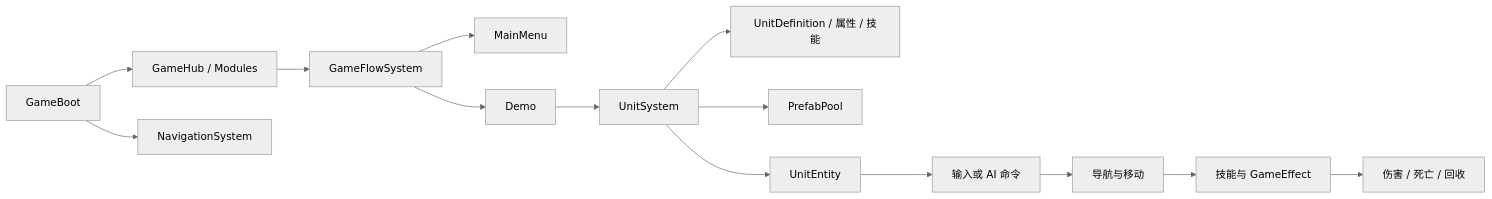
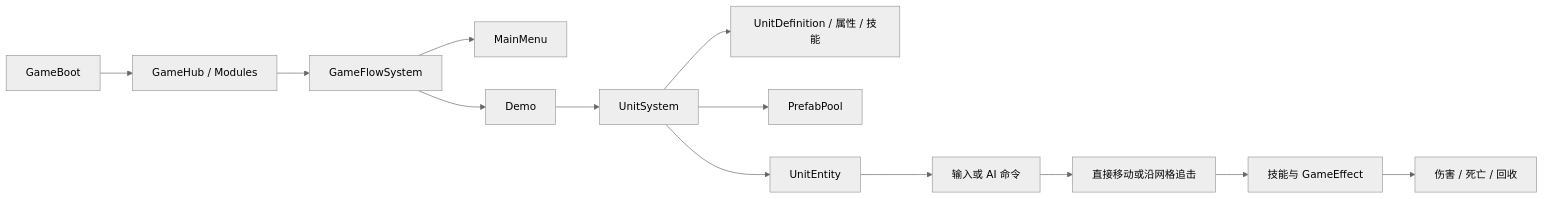
Before and after one commit to WLDZS/Tiny-Nations: the diagram in PROJECT_BRIEF.md, drawn with Mermaid (neutral theme). The commit also changed other lines of this file and 193 other files, not shown here.

````diff
--- a/PROJECT_BRIEF.md
+++ b/PROJECT_BRIEF.md
@@ -60,16 +58,15 @@
 ```mermaid
 flowchart LR
     Boot[GameBoot] --> Hub[GameHub / Modules]
     Hub --> Flow[GameFlowSystem]
     Flow --> Menu[MainMenu]
     Flow --> Demo[Demo]
     Demo --> UnitSystem[UnitSystem]
-    Boot --> Navigation[NavigationSystem]
     UnitSystem --> Definition[UnitDefinition / 属性 / 技能]
     UnitSystem --> Pool[PrefabPool]
     UnitSystem --> Entity[UnitEntity]
     Entity --> Command[输入或 AI 命令]
-    Command --> Path[导航与移动]
-    Path --> Combat[技能与 GameEffect]
+    Command --> Movement[直接移动或沿网格追击]
+    Movement --> Combat[技能与 GameEffect]
     Combat --> Death[伤害 / 死亡 / 回收]
 ```
````
